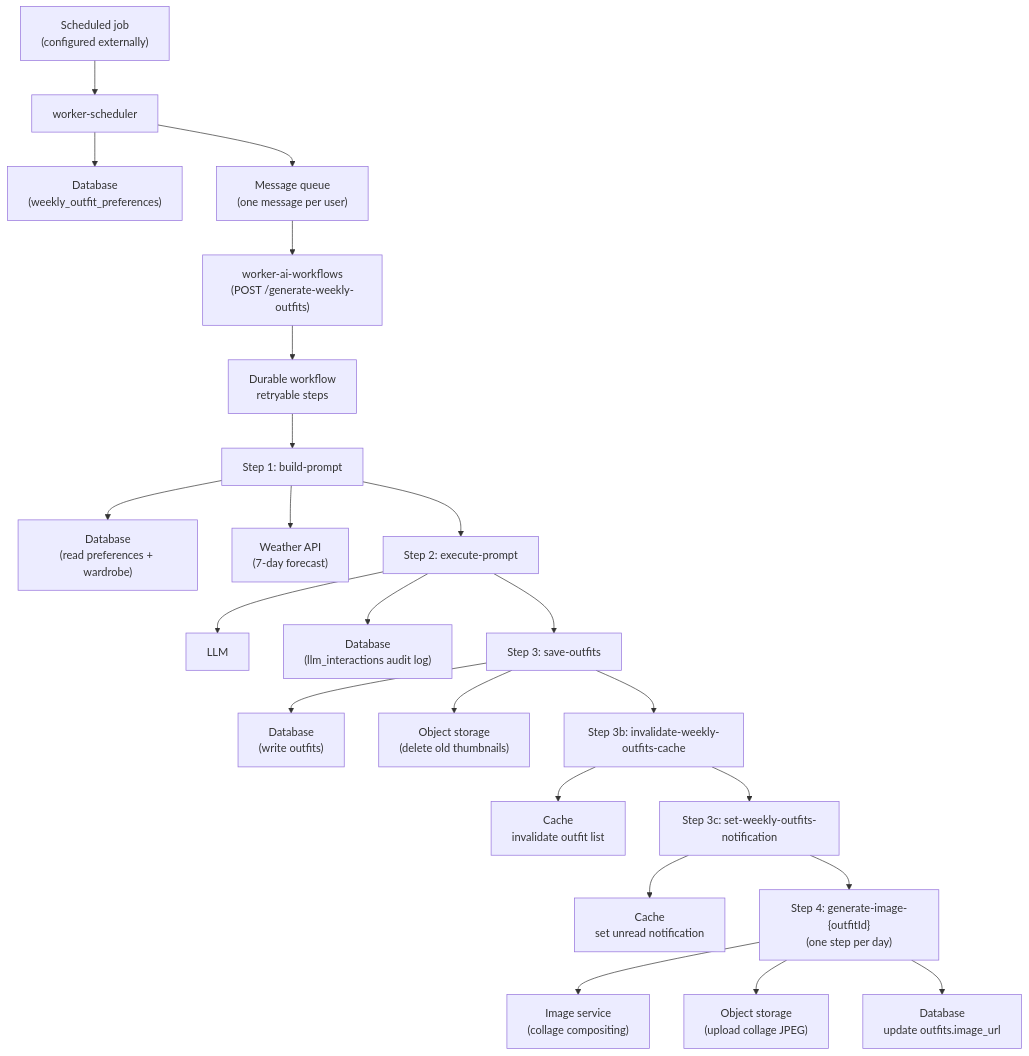
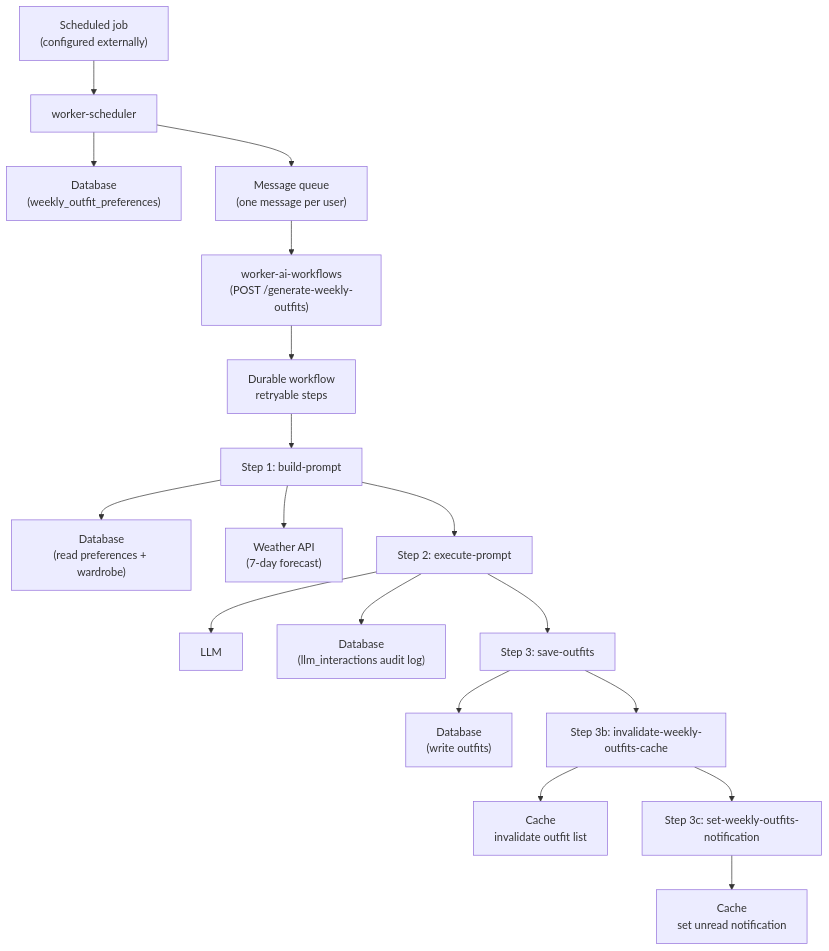
The first of 3 diagrams in apps/worker-ai-workflows/docs/WEEKLY_OUTFITS_WORKFLOW.md (emmanuelviniciusdev/SkyDIIV--backstage), drawn with Mermaid before and after one commit. The commit also changed other lines of this file and 17 other files, not shown here.

Commit message:
feat: remove thumbnail generation from generate-weekly-outfits workflow (as it is no longer necessary)

````diff
--- a/apps/worker-ai-workflows/docs/WEEKLY_OUTFITS_WORKFLOW.md
+++ b/apps/worker-ai-workflows/docs/WEEKLY_OUTFITS_WORKFLOW.md
@@ -26,38 +25,32 @@
 ```mermaid
 graph TD
     CRON["Scheduled job\n(configured externally)"]
     SCHED["worker-scheduler"]
     DB0["Database\n(weekly_outfit_preferences)"]
     MQ["Message queue\n(one message per user)"]
     WORKER["worker-ai-workflows\n(POST /generate-weekly-outfits)"]
     WF["Durable workflow\nretryable steps"]
 
     CRON --> SCHED
     SCHED --> DB0
     SCHED --> MQ
     MQ --> WORKER
     WORKER --> WF
 
     WF --> S1["Step 1: build-prompt"]
     S1 --> DB1["Database\n(read preferences + wardrobe)"]
     S1 --> WX["Weather API\n(7-day forecast)"]
 
     S1 --> S2["Step 2: execute-prompt"]
     S2 --> LLM["LLM"]
     S2 --> LLMLOG["Database\n(llm_interactions audit log)"]
 
     S2 --> S3["Step 3: save-outfits"]
     S3 --> DB2["Database\n(write outfits)"]
-    S3 --> OSDEL["Object storage\n(delete old thumbnails)"]
 
     S3 --> S3B["Step 3b: invalidate-weekly-outfits-cache"]
     S3B --> CACHE1["Cache\ninvalidate outfit list"]
 
     S3B --> S3C["Step 3c: set-weekly-outfits-notification"]
     S3C --> CACHE2["Cache\nset unread notification"]
-
-    S3C --> S4["Step 4: generate-image-{outfitId}\n(one step per day)"]
-    S4 --> IMG["Image service\n(collage compositing)"]
-    S4 --> OSUP["Object storage\n(upload collage JPEG)"]
-    S4 --> DB3["Database\nupdate outfits.image_url"]
 ```
````
